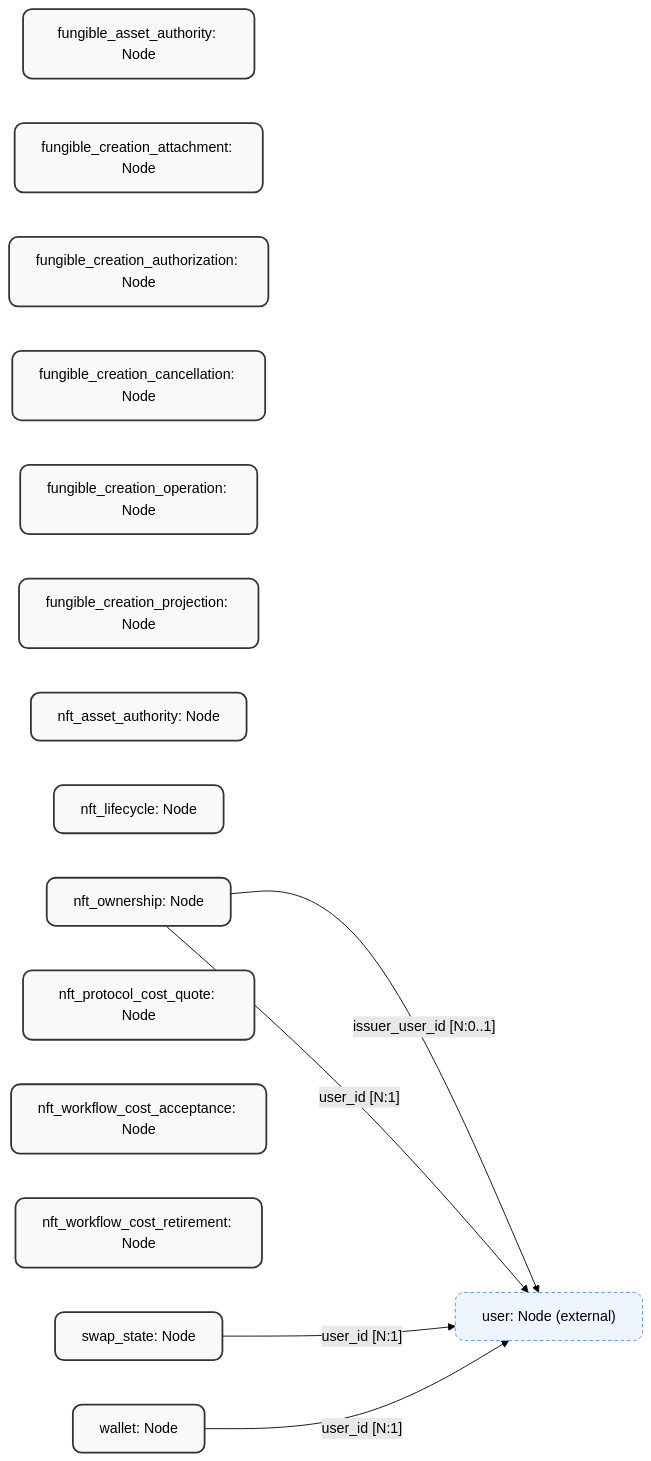
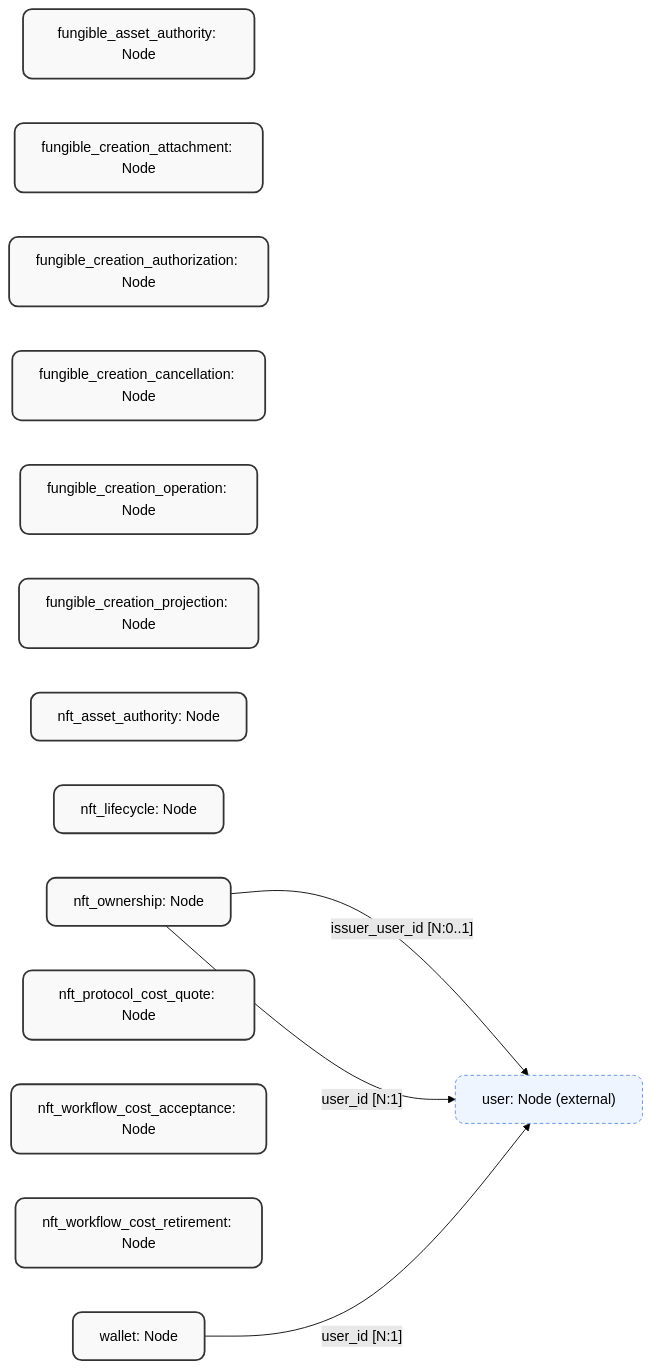
Before and after one commit to JadeZaher/azoa-autonomous-zones-of-action: the diagram in Persistence/SurrealDb/Generated/Flowcharts/wallet_nft.flowchart.mermaid, drawn with Mermaid (forest theme). The commit also changed 4 other files, not shown here.

```diff
--- a/Persistence/SurrealDb/Generated/Flowcharts/wallet_nft.flowchart.mermaid
+++ b/Persistence/SurrealDb/Generated/Flowcharts/wallet_nft.flowchart.mermaid
@@ -1,32 +1,30 @@
 graph LR
     %% Slice: wallet_nft
     %% GENERATED FILE -- do not edit. Source: SurrealDB schema attribute scan.
     %% Regenerate with: dotnet run --project packages/SurrealForge.Schema -- flowcharts
 
     %% Nodes in this slice
     fungible_asset_authority["fungible_asset_authority: Node"]:::nodeClass
     fungible_creation_attachment["fungible_creation_attachment: Node"]:::nodeClass
     fungible_creation_authorization["fungible_creation_authorization: Node"]:::nodeClass
     fungible_creation_cancellation["fungible_creation_cancellation: Node"]:::nodeClass
     fungible_creation_operation["fungible_creation_operation: Node"]:::nodeClass
     fungible_creation_projection["fungible_creation_projection: Node"]:::nodeClass
     nft_asset_authority["nft_asset_authority: Node"]:::nodeClass
     nft_lifecycle["nft_lifecycle: Node"]:::nodeClass
     nft_ownership["nft_ownership: Node"]:::nodeClass
     nft_protocol_cost_quote["nft_protocol_cost_quote: Node"]:::nodeClass
     nft_workflow_cost_acceptance["nft_workflow_cost_acceptance: Node"]:::nodeClass
     nft_workflow_cost_retirement["nft_workflow_cost_retirement: Node"]:::nodeClass
-    swap_state["swap_state: Node"]:::nodeClass
     wallet["wallet: Node"]:::nodeClass
 
     %% Cross-slice targets (rendered as ghost nodes)
     user["user: Node (external)"]:::externalNode
 
     %% Edges (outbound from this slice)
     nft_ownership -- "issuer_user_id [N:0..1]" --> user
     nft_ownership -- "user_id [N:1]" --> user
-    swap_state -- "user_id [N:1]" --> user
     wallet -- "user_id [N:1]" --> user
 
     classDef nodeClass fill:#f9f9f9,stroke:#333,stroke-width:2px,rx:10px,ry:10px;
     classDef externalNode fill:#eef5ff,stroke:#5b8def,stroke-width:1px,stroke-dasharray:4 3,rx:10px,ry:10px;
```
